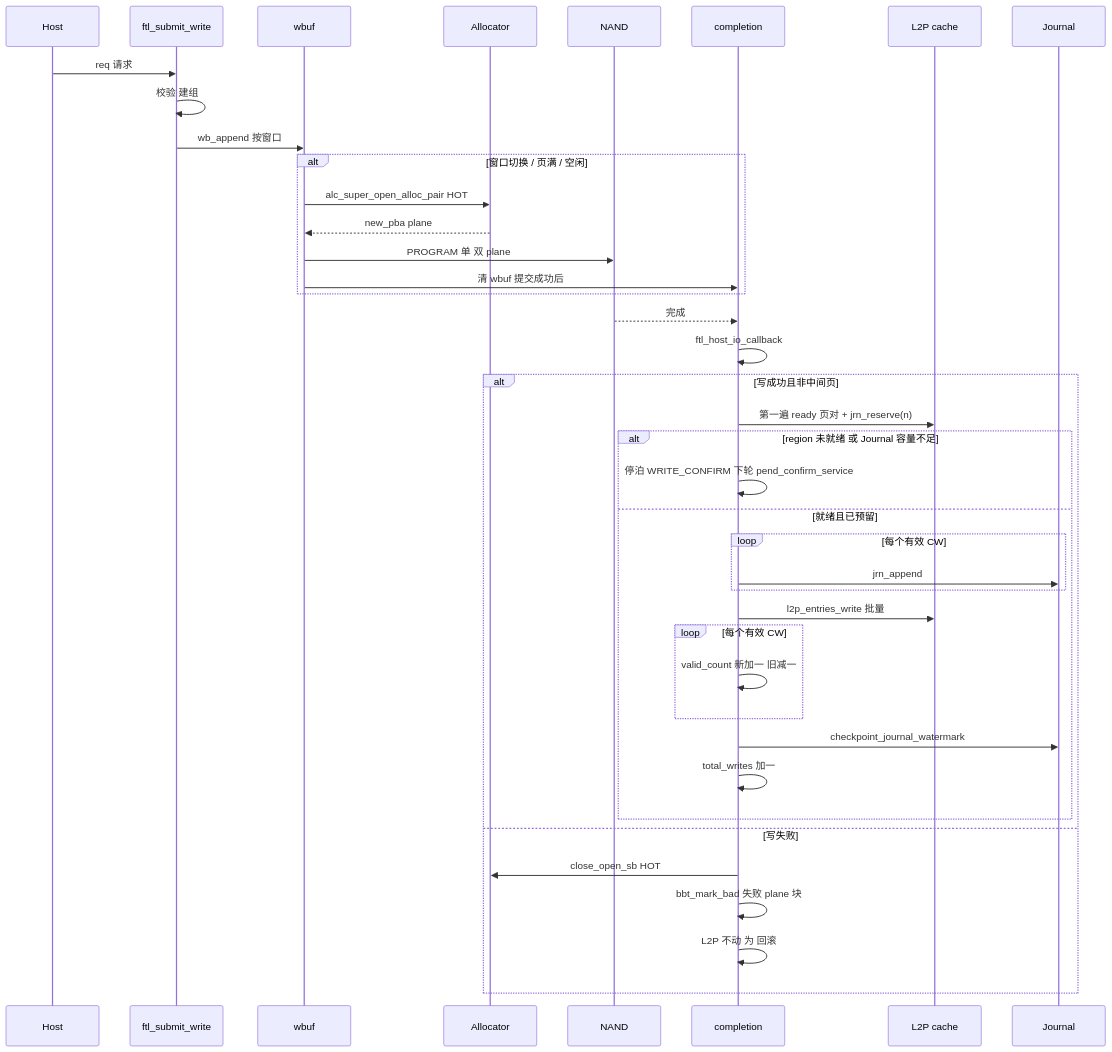
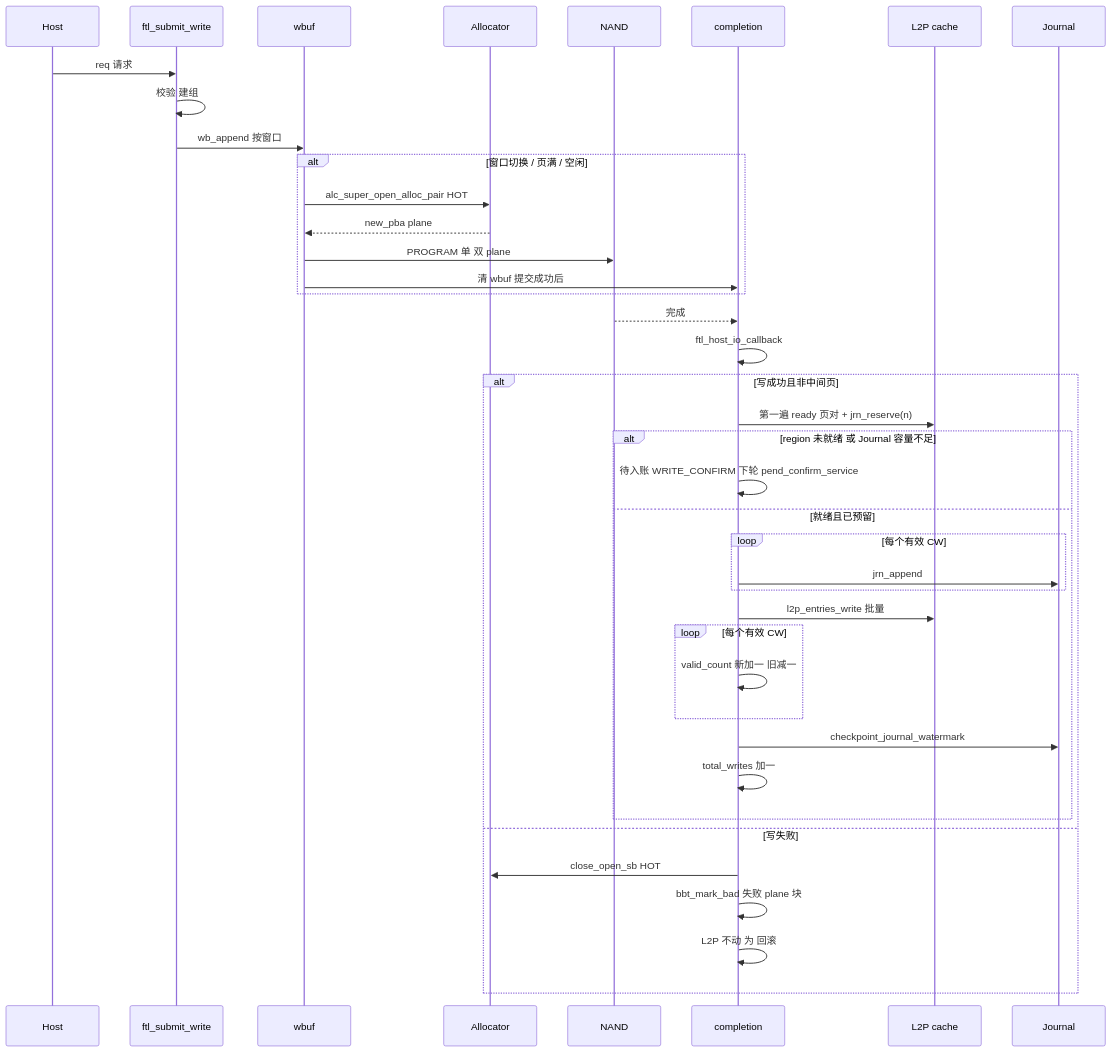
Before and after one commit to YzYMIAO/BASESSD: diagram 29 of 34 in docs/design/ftl_design.md, drawn with Mermaid. The commit also changed other lines of this file and 45 other files, not shown here.

````diff
--- a/docs/design/ftl_design.md
+++ b/docs/design/ftl_design.md
@@ -4483,43 +4485,43 @@
 ```mermaid
 sequenceDiagram
     participant H as Host
     participant F as ftl_submit_write
     participant W as wbuf
     participant A as Allocator
     participant N as NAND
     participant C as completion
     participant L as L2P cache
     participant J as Journal
 
     H->>F: req 请求
     F->>F: 校验 建组
     F->>W: wb_append 按窗口
     alt 窗口切换 / 页满 / 空闲
         W->>A: alc_super_open_alloc_pair HOT
         A-->>W: new_pba plane
         W->>N: PROGRAM 单 双 plane
         W->>C: 清 wbuf 提交成功后
     end
     N-->>C: 完成
     C->>C: ftl_host_io_callback
     alt 写成功且非中间页
         C->>L: 第一遍 ready 页对 + jrn_reserve(n)
         alt region 未就绪 或 Journal 容量不足
-            C->>C: 停泊 WRITE_CONFIRM 下轮 pend_confirm_service
+            C->>C: 待入账 WRITE_CONFIRM 下轮 pend_confirm_service
         else 就绪且已预留
             loop 每个有效 CW
                 C->>J: jrn_append
             end
             C->>L: l2p_entries_write 批量
             loop 每个有效 CW
                 C->>C: valid_count 新加一 旧减一
             end
             C->>J: checkpoint_journal_watermark
             C->>C: total_writes 加一
         end
     else 写失败
         C->>A: close_open_sb HOT
         C->>C: bbt_mark_bad 失败 plane 块
         C->>C: L2P 不动 为 回滚
     end
 ```
````
